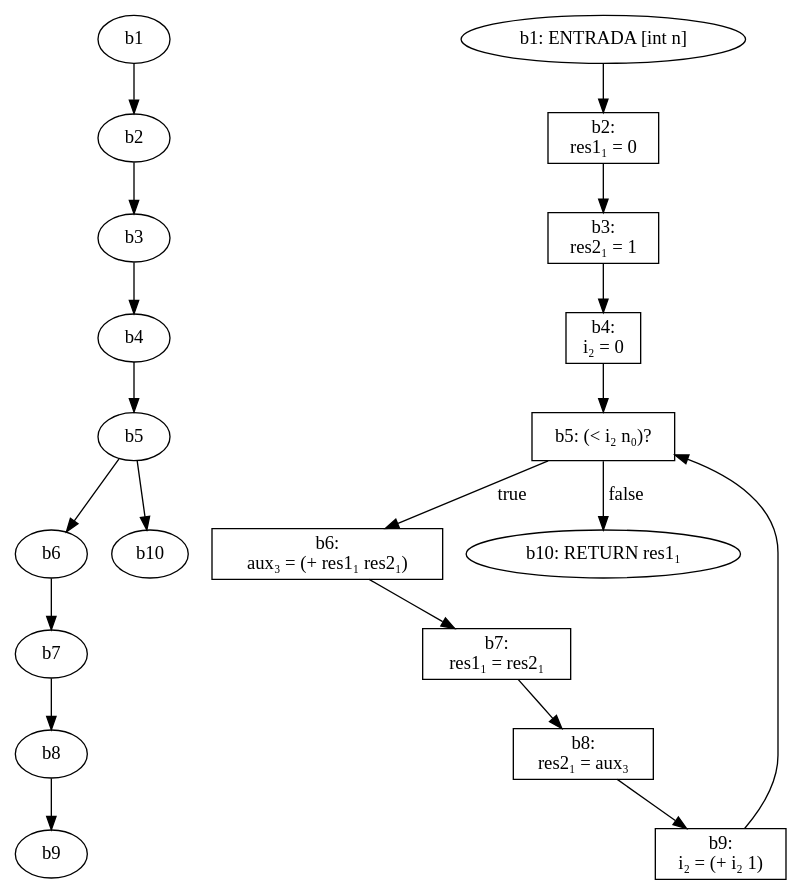
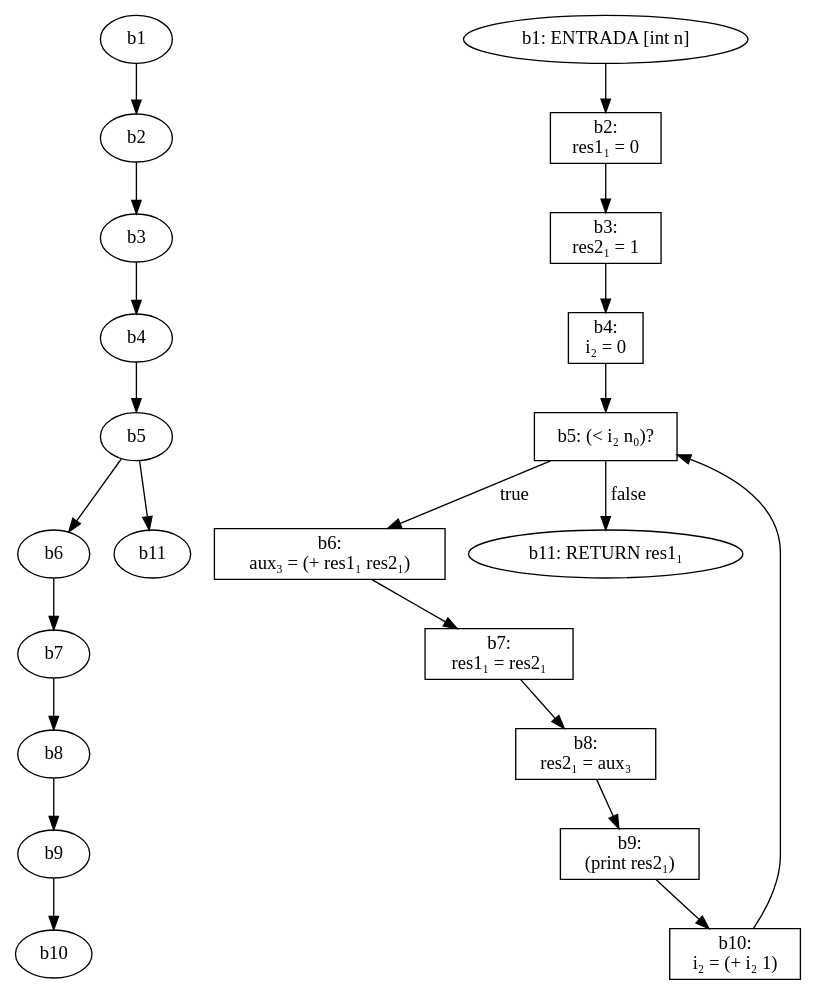
The diagram in out.dot (leorigon/TE-Infer-SSA), drawn with Graphviz before and after one commit. The commit also changed 3 other files, not shown here.

```diff
--- a/out.dot
+++ b/out.dot
@@ -1,41 +1,45 @@
 digraph g {
   d1 [label=b1];
   b1 [label="b1: ENTRADA [int n]"];
   b1 -> b2;
   d2 [label=b2];
   d1 -> d2;
   b2 [shape=box, label="b2:\nres1₁ = 0"];
   b2 -> b3;
   d3 [label=b3];
   d2 -> d3;
   b3 [shape=box, label="b3:\nres2₁ = 1"];
   b3 -> b4;
   d4 [label=b4];
   d3 -> d4;
   b5 [shape=box, label="b5: (< i₂ n₀)?"];
   b5 -> b6 [label=true];
-  b5 -> b10 [label=false];
+  b5 -> b11 [label=false];
   d5 [label=b5];
   d4 -> d5;
   b4 [shape=box, label="b4:\ni₂ = 0"];
   b4 -> b5;
   d6 [label=b6];
   d5 -> d6;
   b6 [shape=box, label="b6:\naux₃ = (+ res1₁ res2₁)"];
   b6 -> b7;
   d7 [label=b7];
   d6 -> d7;
   b7 [shape=box, label="b7:\nres1₁ = res2₁"];
   b7 -> b8;
   d8 [label=b8];
   d7 -> d8;
   b8 [shape=box, label="b8:\nres2₁ = aux₃"];
   b8 -> b9;
   d9 [label=b9];
   d8 -> d9;
-  b9 [shape=box, label="b9:\ni₂ = (+ i₂ 1)"];
-  b9 -> b5;
+  b9 [shape=box, label="b9:\n(print res2₁)"];
+  b9 -> b10;
   d10 [label=b10];
-  d5 -> d10;
-  b10 [label="b10: RETURN res1₁"];
+  d9 -> d10;
+  b10 [shape=box, label="b10:\ni₂ = (+ i₂ 1)"];
+  b10 -> b5;
+  d11 [label=b11];
+  d5 -> d11;
+  b11 [label="b11: RETURN res1₁"];
 }
```
